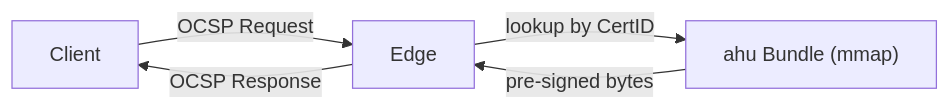
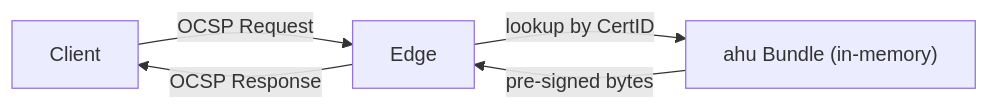
Before and after one commit to czinda/hoike-dev: the first of 2 diagrams in doc/src/operator/edge.md, drawn with Mermaid. The commit also changed other lines of this file and 32 other files, not shown here.

````diff
--- a/doc/src/operator/edge.md
+++ b/doc/src/operator/edge.md
@@ -10,7 +10,7 @@
 ```mermaid
 flowchart LR
     Client -->|OCSP Request| Edge
-    Edge -->|lookup by CertID| Bundle["ahu Bundle (mmap)"]
+    Edge -->|lookup by CertID| Bundle["ahu Bundle (in-memory)"]
     Bundle -->|pre-signed bytes| Edge
     Edge -->|OCSP Response| Client
 ```
````
